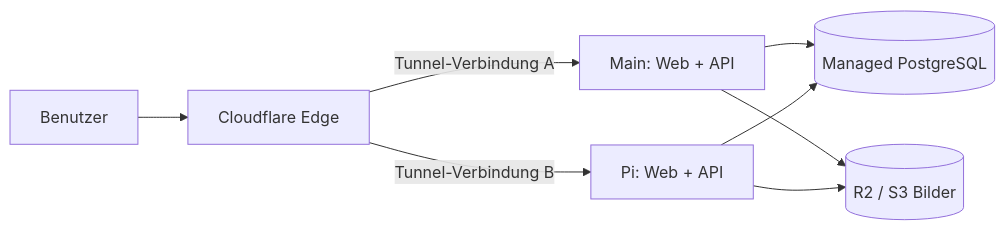
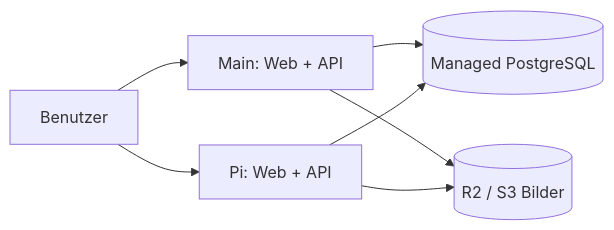
One commit to 3r6nuss/larrys-marketplace changed the diagram in HA-DEPLOYMENT.md. Above: the diagram before and after it, drawn with Mermaid. The commit also changed other lines of this file and 4 other files, not shown here.

````diff
--- a/HA-DEPLOYMENT.md
+++ b/HA-DEPLOYMENT.md
@@ -9,10 +10,9 @@
 ```mermaid
 flowchart LR
-  U[Benutzer] --> C[Cloudflare Edge]
-  C -->|Tunnel-Verbindung A| M[Main: Web + API]
-  C -->|Tunnel-Verbindung B| P[Pi: Web + API]
+   U[Benutzer] --> M[Main: Web + API]
+   U --> P[Pi: Web + API]
   M --> D[(Managed PostgreSQL)]
   P --> D
   M --> O[(R2 / S3 Bilder)]
   P --> O
 ```
````
